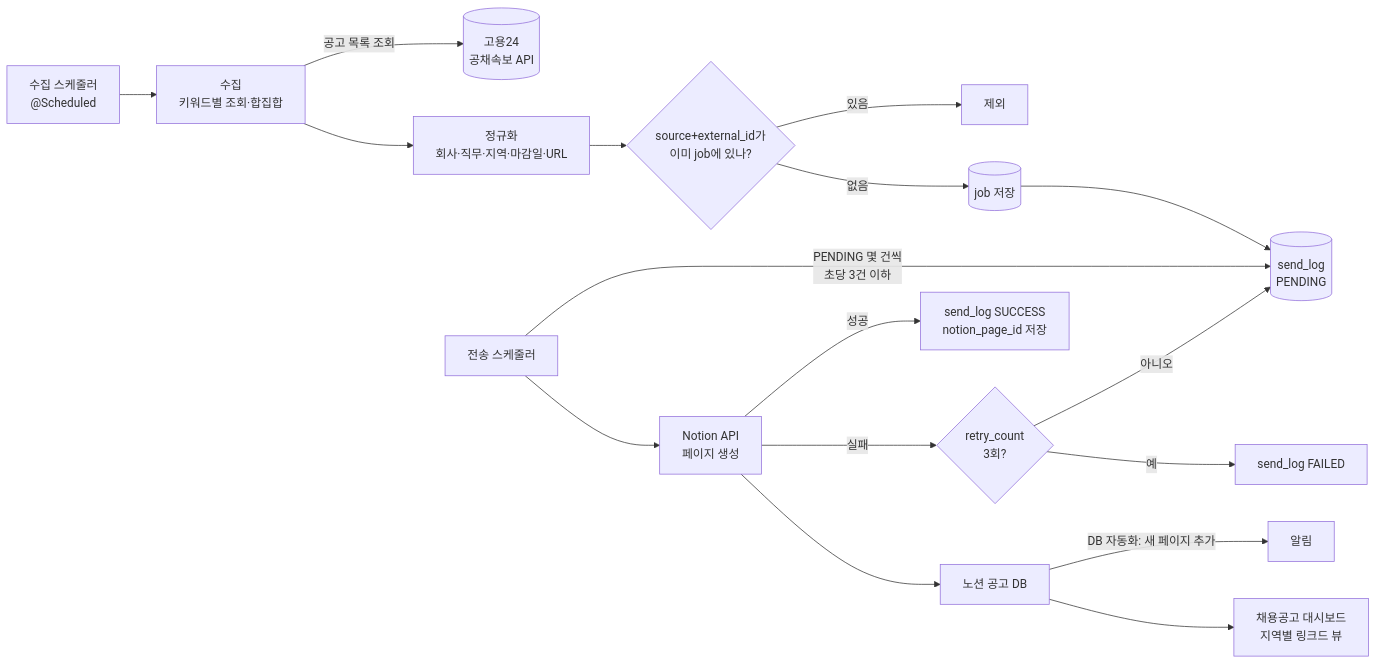
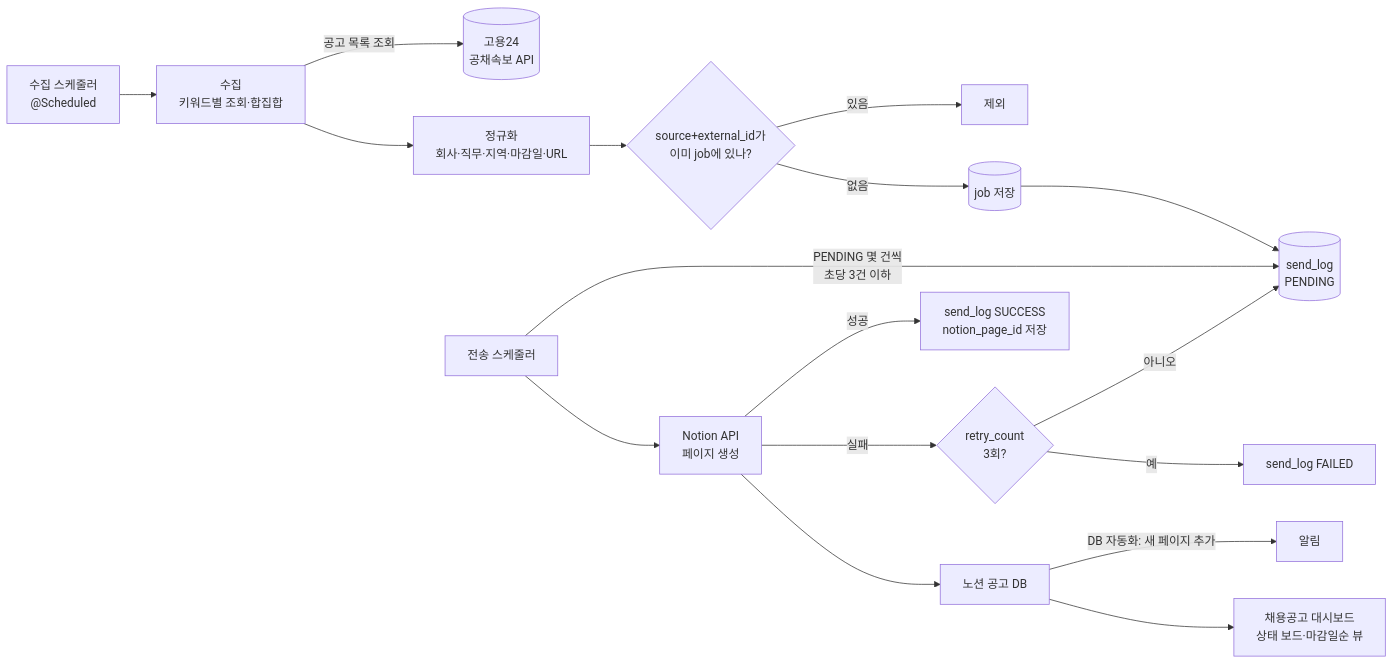
Before and after one commit to ho8566z/job-feed_word: the first of 3 diagrams in docs/job-feed_ERD_흐름도.md, drawn with Mermaid. The commit also changed 1 other file, not shown here.

Commit message:
docs: 지역별 뷰 대신 상태 보드·마감일순 뷰로 변경하고 지역을 한계로 명시
고용24 공채속보 응답에 근무지역이 없어 지역별 뷰를 제외하고, 개요·요구·기능·설정·ERD 문서를
상태 보드·마감일순 뷰 기준으로 고쳤다. 구현하지 않은 지역 매핑은 미구현으로 바로잡았다.

````diff
--- a/docs/job-feed_ERD_흐름도.md
+++ b/docs/job-feed_ERD_흐름도.md
@@ -8,19 +8,19 @@
 ```mermaid
 flowchart LR
     S1[수집 스케줄러<br/>@Scheduled] --> C[수집<br/>키워드별 조회·합집합]
     C -->|공고 목록 조회| W[(고용24<br/>공채속보 API)]
     C --> N[정규화<br/>회사·직무·지역·마감일·URL]
     N --> D{source+external_id가<br/>이미 job에 있나?}
     D -- 있음 --> X[제외]
     D -- 없음 --> J[(job 저장)]
     J --> Q[(send_log<br/>PENDING)]
     S2[전송 스케줄러] -->|PENDING 몇 건씩<br/>초당 3건 이하| Q
     S2 --> P[Notion API<br/>페이지 생성]
     P -->|성공| OK[send_log SUCCESS<br/>notion_page_id 저장]
     P -->|실패| R{retry_count<br/>3회?}
     R -- 아니오 --> Q
     R -- 예 --> F[send_log FAILED]
     P --> V[노션 공고 DB]
     V -->|DB 자동화: 새 페이지 추가| A[알림]
-    V --> M[채용공고 대시보드<br/>지역별 링크드 뷰]
+    V --> M[채용공고 대시보드<br/>상태 보드·마감일순 뷰]
 ```
````
